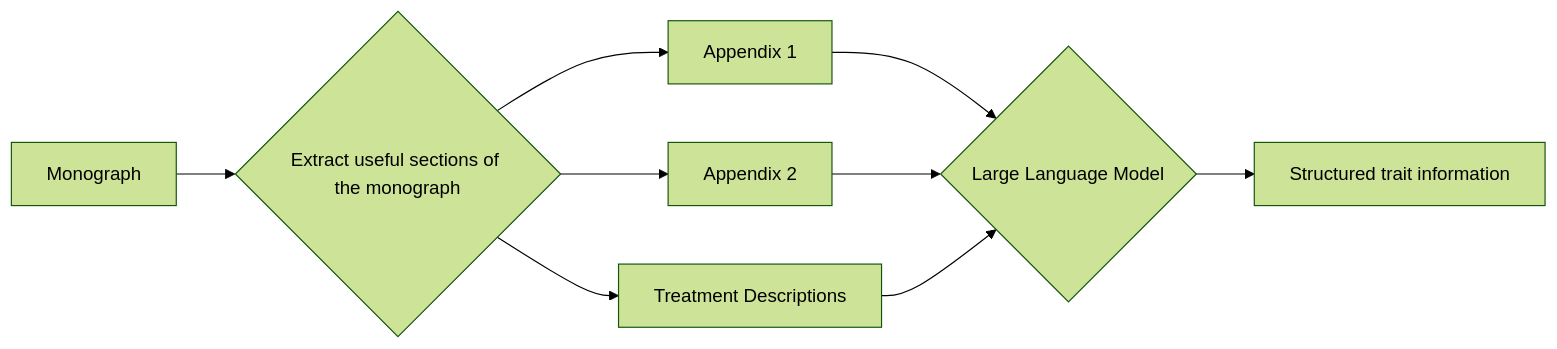
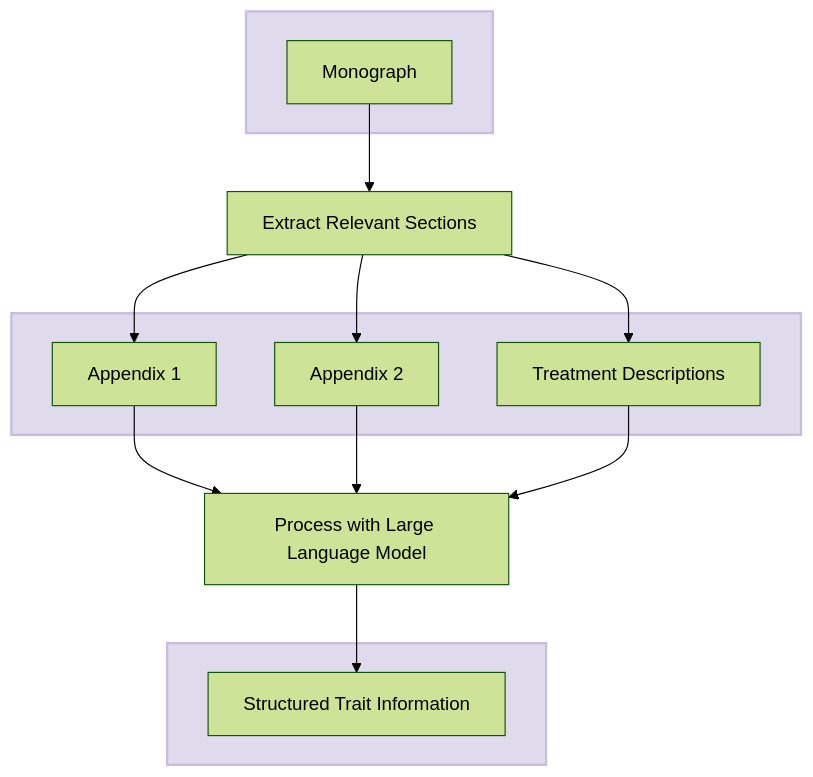
Before and after one commit to nickynicolson/CalamusTraits: the diagram in README.md, drawn with Mermaid (forest theme).

Commit message:
Fixed issue #15

````diff
--- a/README.md
+++ b/README.md
@@ -77,11 +77,34 @@
 ```mermaid
-flowchart LR
-    A[Monograph] --> B{Extract useful sections of the monograph}
+flowchart TD
+    A[Monograph] --> B[Extract Relevant Sections]
+
+    subgraph Monograph [ ]
+    A
+    end
+
+    style Monograph fill:#E0DBEC,stroke:#C8BDDE,stroke-width:2px
+
     B --> C[Appendix 1]
     B --> D[Appendix 2]
     B --> E[Treatment Descriptions]
-    C --> F{Large Language Model}
+
+    subgraph Extracted_Sections [ ]
+        C
+        D
+        E
+    end
+
+    style Extracted_Sections fill:#E0DBEC,stroke:#C8BDDE,stroke-width:2px
+
+    C --> F[Process with Large Language Model]
     D --> F
     E --> F
-    F --> G[Structured trait information]
+
+    subgraph Trait_info [ ]
+    G 
+    end 
+
+    style Trait_info fill:#E0DBEC,stroke:#C8BDDE,stroke-width:2px
+
+    F --> G[Structured Trait Information]
 ```
````
